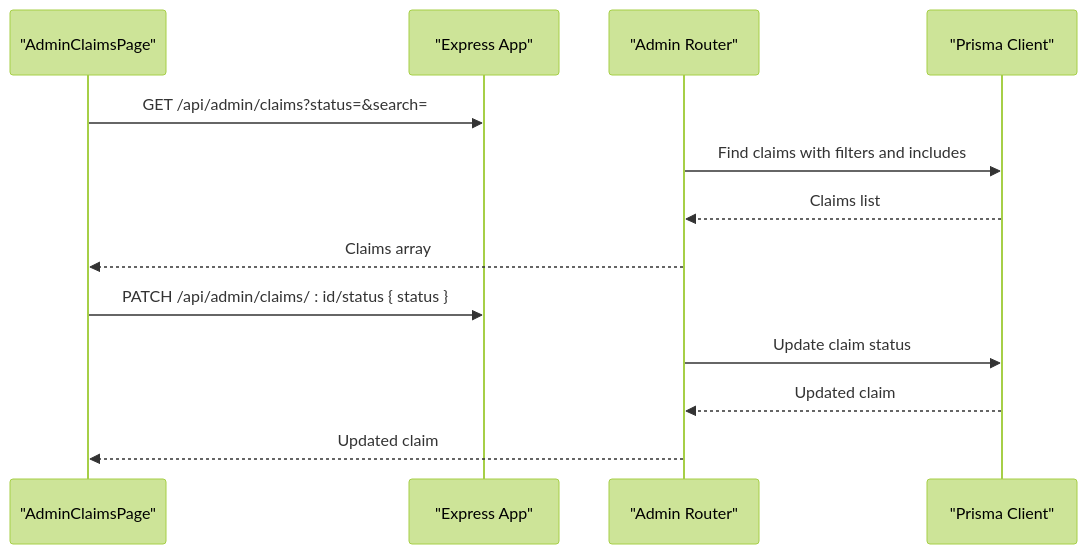
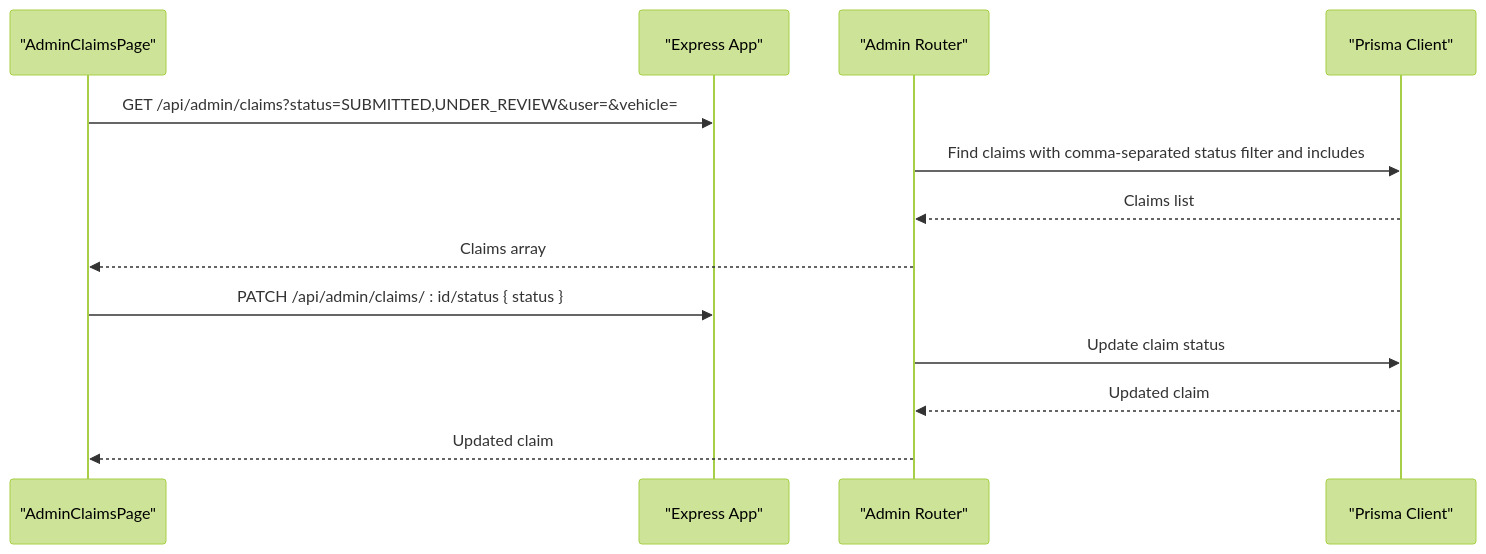
One commit to NaveenHiranya/Smart-Vehicle-Insurance-Claim-System changed the seventh of 12 diagrams in .qoder/repowiki/en/content/Backend Documentation/API Endpoints Reference/Administrative Endpoints.md. Above: the diagram before and after it, drawn with Mermaid (forest theme). The commit also changed other lines of this file and 45 other files, not shown here.

````diff
--- a/.qoder/repowiki/en/content/Backend Documentation/API Endpoints Reference/Administrative Endpoints.md
+++ b/.qoder/repowiki/en/content/Backend Documentation/API Endpoints Reference/Administrative Endpoints.md
@@ -228,15 +303,15 @@
 ```mermaid
 sequenceDiagram
 participant FE as "AdminClaimsPage"
 participant API as "Express App"
 participant AR as "Admin Router"
 participant DB as "Prisma Client"
-FE->>API : GET /api/admin/claims?status=&search=
-AR->>DB : Find claims with filters and includes
+FE->>API : GET /api/admin/claims?status=SUBMITTED,UNDER_REVIEW&user=&vehicle=
+AR->>DB : Find claims with comma-separated status filter and includes
 DB-->>AR : Claims list
 AR-->>FE : Claims array
 FE->>API : PATCH /api/admin/claims/ : id/status { status }
 AR->>DB : Update claim status
 DB-->>AR : Updated claim
 AR-->>FE : Updated claim
 ```
````
